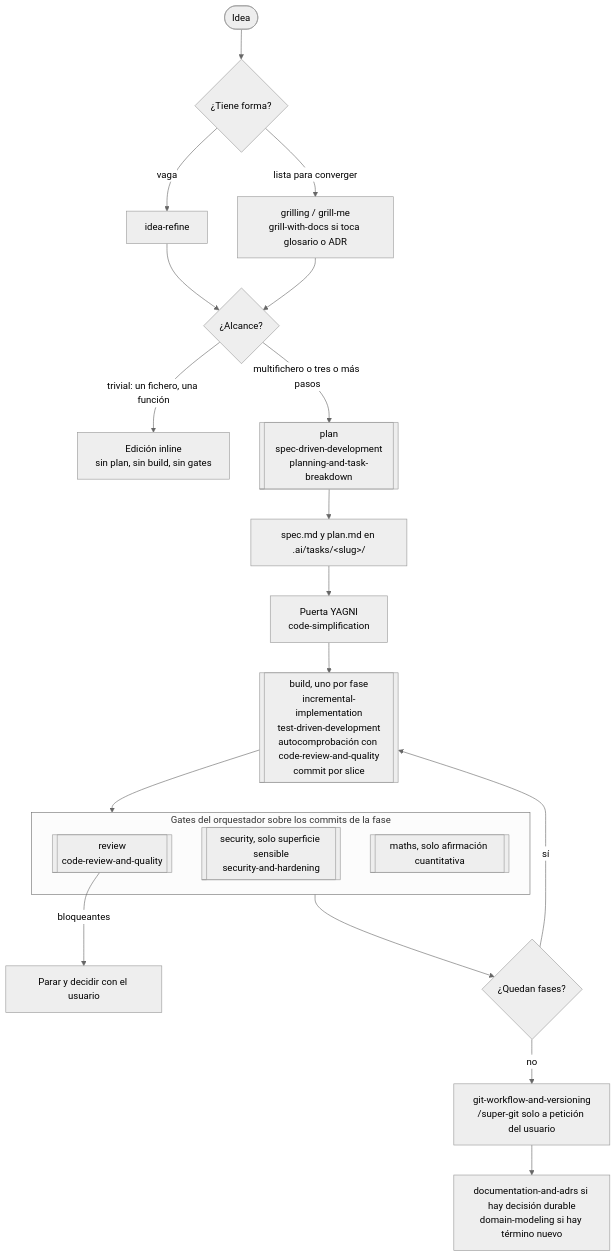
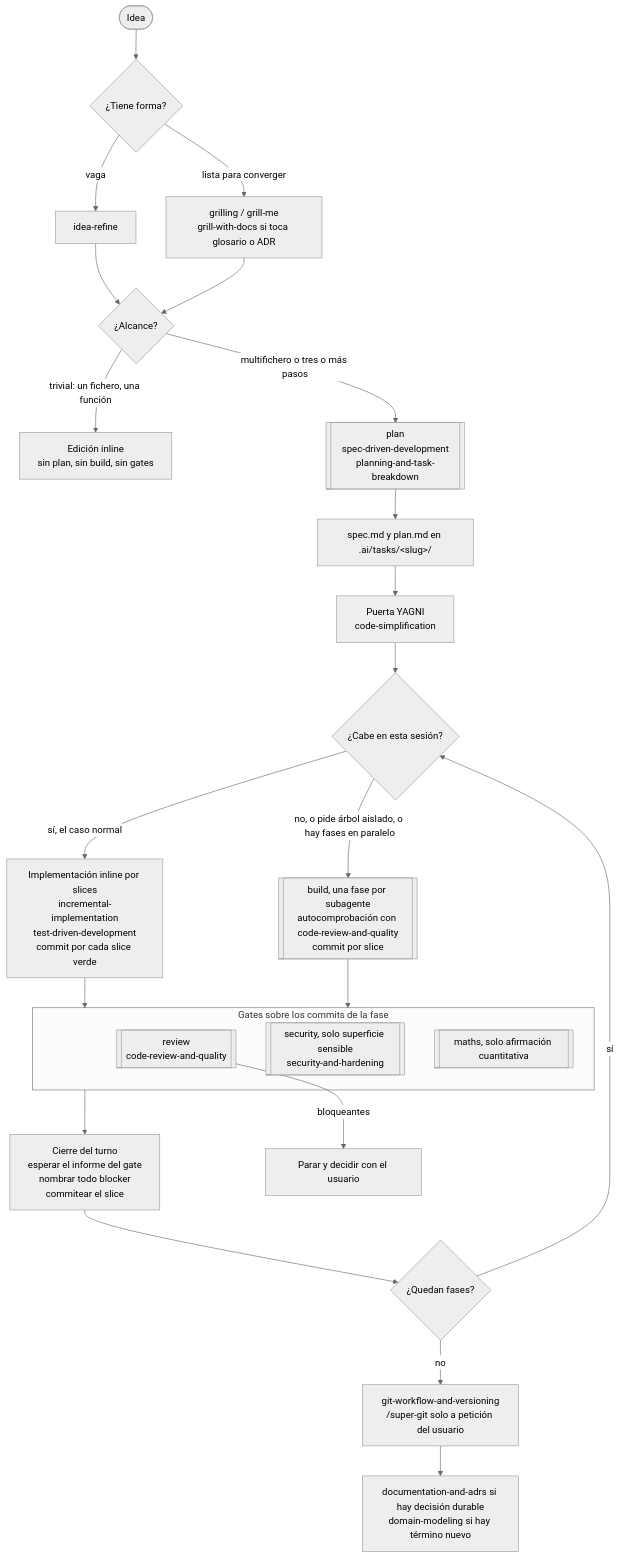
One commit to PabloCoello/dotmesh changed the diagram in docs/FLUJO-MAKER.md. Above: the diagram before and after it, drawn with Mermaid (neutral theme). The commit also changed other lines of this file, not shown here.

First line of the commit message:
docs(flujo-maker): el mapa refleja el umbral nuevo y el cierre de turno

````diff
--- a/docs/FLUJO-MAKER.md
+++ b/docs/FLUJO-MAKER.md
@@ -14,24 +15,28 @@
 ```mermaid
 flowchart TD
     idea(["Idea"]) --> forma{"¿Tiene forma?"}
     forma -->|vaga| refine["idea-refine"]
     forma -->|lista para converger| grill["grilling / grill-me<br>grill-with-docs si toca glosario o ADR"]
     refine --> umbral
     grill --> umbral
     umbral{"¿Alcance?"} -->|"trivial: un fichero, una función"| inline["Edición inline<br>sin plan, sin build, sin gates"]
     umbral -->|multifichero o tres o más pasos| plansub[["plan<br>spec-driven-development<br>planning-and-task-breakdown"]]
     plansub --> plandisco["spec.md y plan.md en .ai/tasks/&lt;slug&gt;/"]
     plandisco --> yagni["Puerta YAGNI<br>code-simplification"]
-    yagni --> build[["build, uno por fase<br>incremental-implementation<br>test-driven-development<br>autocomprobación con code-review-and-quality<br>commit por slice"]]
+    yagni --> cabe{"¿Cabe en esta sesión?"}
+    cabe -->|sí, el caso normal| impl["Implementación inline por slices<br>incremental-implementation<br>test-driven-development<br>commit por cada slice verde"]
+    cabe -->|"no, o pide árbol aislado, o hay fases en paralelo"| build[["build, una fase por subagente<br>autocomprobación con code-review-and-quality<br>commit por slice"]]
+    impl --> gates
     build --> gates
-    subgraph gates["Gates del orquestador sobre los commits de la fase"]
+    subgraph gates["Gates sobre los commits de la fase"]
         review[["review<br>code-review-and-quality"]]
         security[["security, solo superficie sensible<br>security-and-hardening"]]
         maths[["maths, solo afirmación cuantitativa"]]
     end
+    gates --> cierre["Cierre del turno<br>esperar el informe del gate<br>nombrar todo blocker<br>commitear el slice"]
     review -->|bloqueantes| parar["Parar y decidir con el usuario"]
-    gates --> fases{"¿Quedan fases?"}
-    fases -->|sí| build
+    cierre --> fases{"¿Quedan fases?"}
+    fases -->|sí| cabe
     fases -->|no| gitfase["git-workflow-and-versioning<br>/super-git solo a petición del usuario"]
     gitfase --> docsfase["documentation-and-adrs si hay decisión durable<br>domain-modeling si hay término nuevo"]
 ```
````
